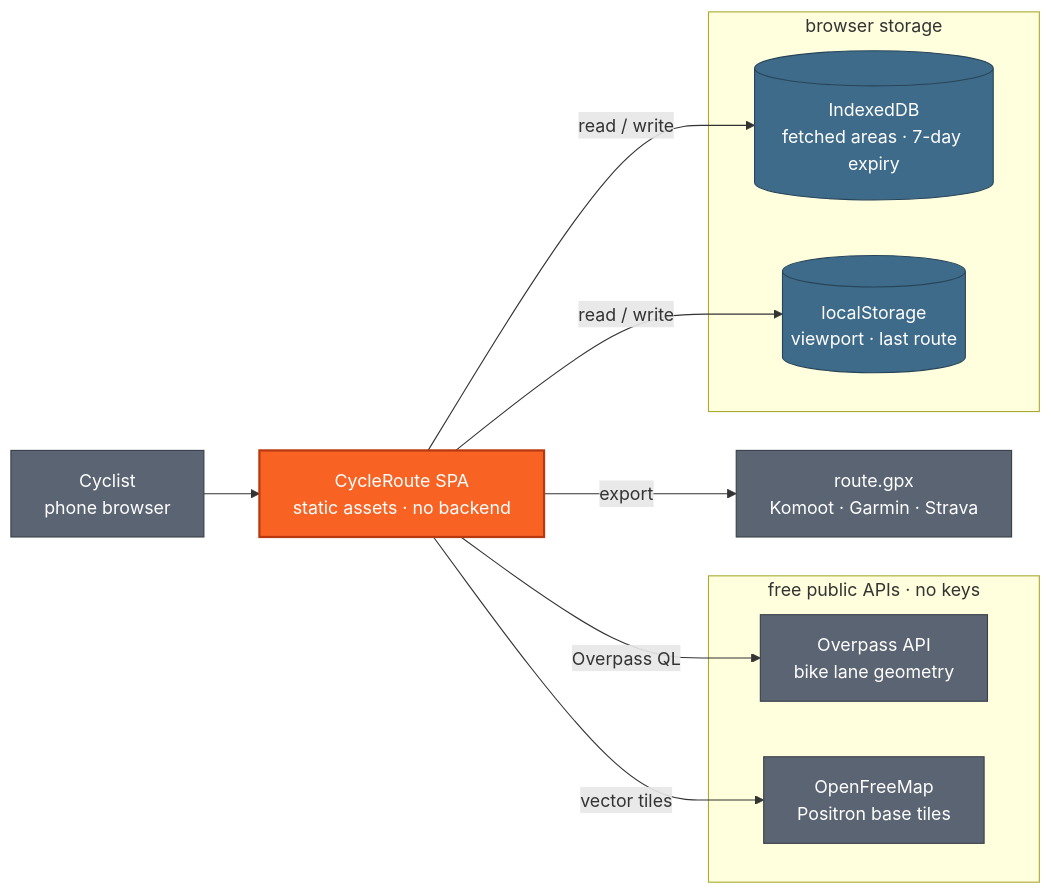
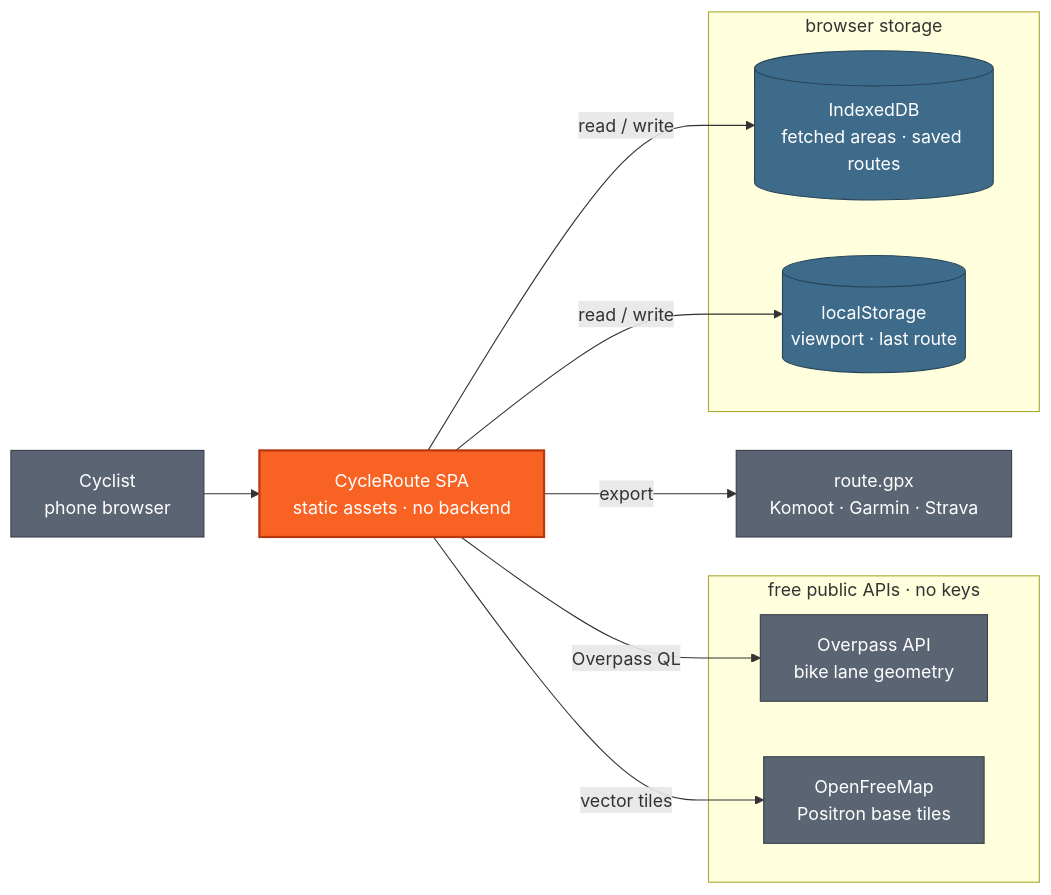
The first of 2 diagrams in docs/architecture.md (creeston/cycler), drawn with Mermaid before and after one commit. The commit also changed other lines of this file and 13 other files, not shown here.

Commit message:
feat(routes): add local saved routes

````diff
--- a/docs/architecture.md
+++ b/docs/architecture.md
@@ -20,30 +20,30 @@
 ```mermaid
 graph LR
     U["Cyclist<br/>phone browser"]
     APP["CycleRoute SPA<br/>static assets · no backend"]
     GPX["route.gpx<br/>Komoot · Garmin · Strava"]
 
     subgraph net["free public APIs · no keys"]
         OVP["Overpass API<br/>bike lane geometry"]
         TILES["OpenFreeMap<br/>Positron base tiles"]
     end
 
     subgraph store["browser storage"]
-        IDB[("IndexedDB<br/>fetched areas · 7-day expiry")]
+        IDB[("IndexedDB<br/>fetched areas · saved routes")]
         LS[("localStorage<br/>viewport · last route")]
     end
 
     U --> APP
     APP -->|"read / write"| IDB
     APP -->|"read / write"| LS
     APP -->|"export"| GPX
     APP -->|"Overpass QL"| OVP
     APP -->|"vector tiles"| TILES
 
     classDef app fill:#f86324,stroke:#b8380f,stroke-width:2px,color:#ffffff
     classDef data fill:#3f6b8a,stroke:#27455a,color:#ffffff
     classDef ext fill:#5b6472,stroke:#39404a,color:#ffffff
     class APP app
     class IDB,LS data
     class OVP,TILES,U,GPX ext
 ```
````
